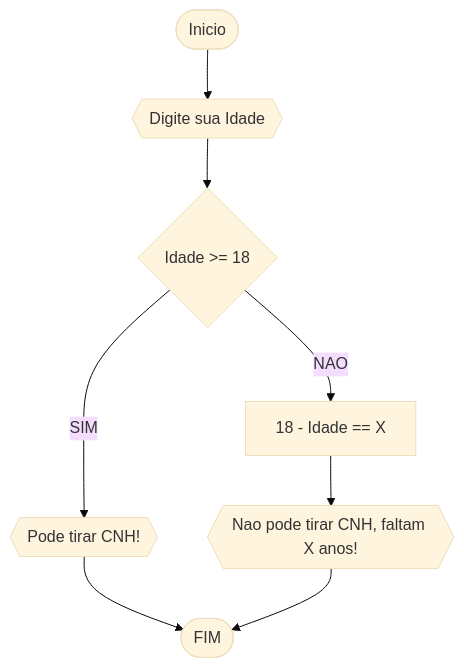
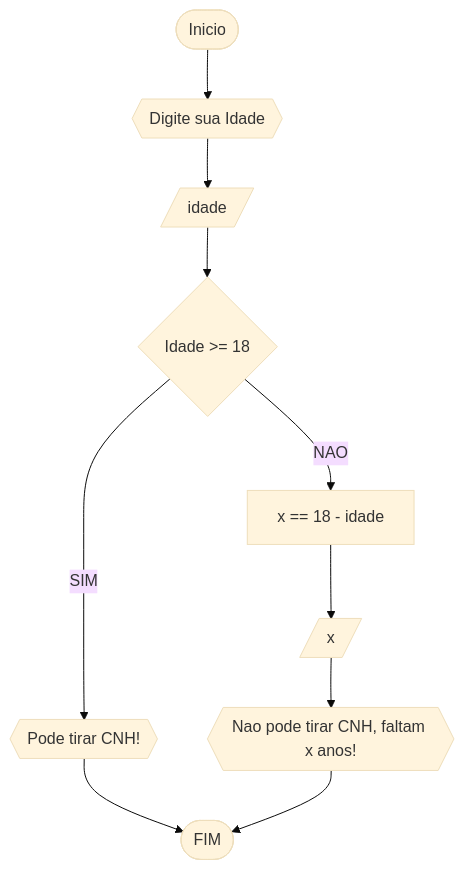
Before and after one commit to paaiva/UNIFOR2: the fourth of 4 diagrams in RLB/lista1_exercicios.md, drawn with Mermaid (base theme). The commit also changed other lines of this file, not shown here.

````diff
--- a/RLB/lista1_exercicios.md
+++ b/RLB/lista1_exercicios.md
@@ -146,10 +147,12 @@
 ```mermaid
 flowchart TD
 A([Inicio])-->B{{Digite sua Idade}}
-B-->C{Idade >= 18}
+B-->H[/idade/]
+H-->C{Idade >= 18}
 C--SIM-->D{{Pode tirar CNH!}}
 D-->E([FIM])
-C--NAO-->F[18 - Idade == X]
-F-->G{{Nao pode tirar CNH, faltam X anos!}}
+C--NAO-->F[x == 18 - idade]
+F-->I[/x/]
+I-->G{{Nao pode tirar CNH, faltam x anos!}}
 G-->E
 ```
````
